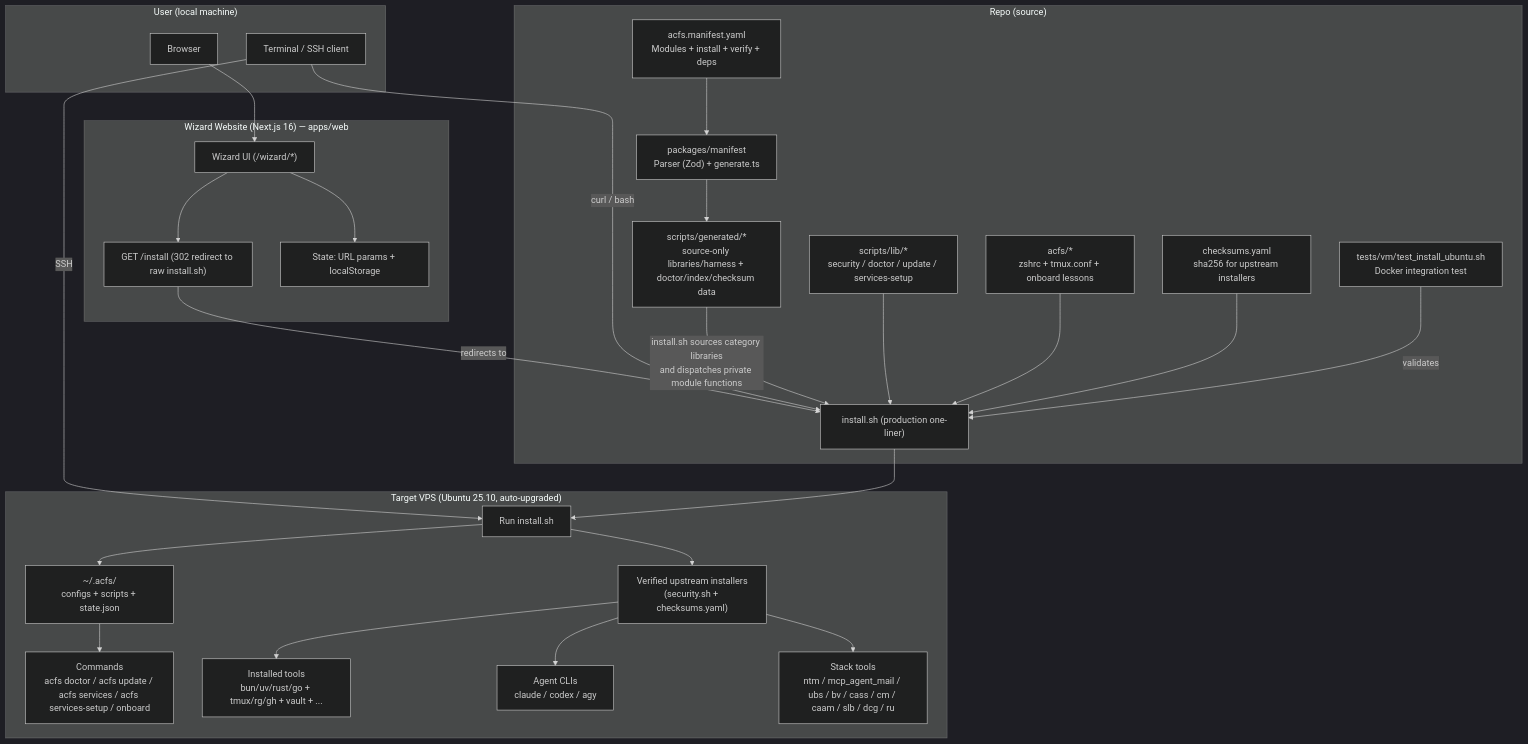
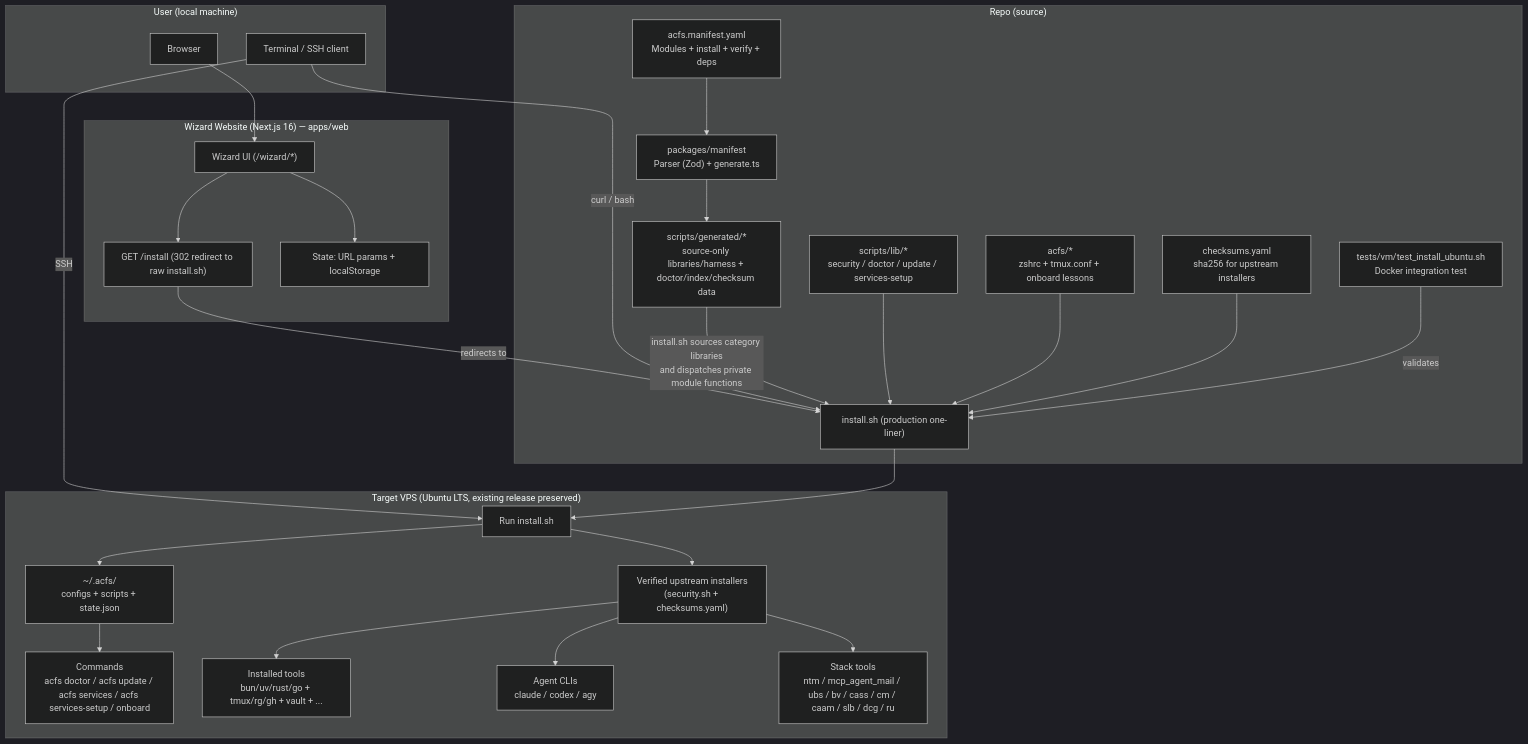
One commit to Dicklesworthstone/agentic_coding_flywheel_setup changed the second of 3 diagrams in README.md. Above: the diagram before and after it, drawn with Mermaid (dark theme). The commit also changed other lines of this file and 5 other files, not shown here.

````diff
--- a/README.md
+++ b/README.md
@@ -157,65 +157,65 @@
 ```mermaid
 flowchart TB
   %% User and website
   subgraph U["User (local machine)"]
     Browser["Browser"]
     Terminal["Terminal / SSH client"]
   end
 
   subgraph W["Wizard Website (Next.js 16) — apps/web"]
     Wizard["Wizard UI (/wizard/*)"]
     InstallRoute["GET /install (302 redirect to raw install.sh)"]
     WebState["State: URL params + localStorage"]
   end
 
   %% Repo sources
   subgraph R["Repo (source)"]
     Manifest["acfs.manifest.yaml<br/>Modules + install + verify + deps"]
     Generator["packages/manifest<br/>Parser (Zod) + generate.ts"]
     Generated["scripts/generated/*<br/>source-only libraries/harness + doctor/index/checksum data"]
     Installer["install.sh (production one-liner)"]
     Lib["scripts/lib/*<br/>security / doctor / update / services-setup"]
     Configs["acfs/*<br/>zshrc + tmux.conf + onboard lessons"]
     Checksums["checksums.yaml<br/>sha256 for upstream installers"]
     Tests["tests/vm/test_install_ubuntu.sh<br/>Docker integration test"]
   end
 
   %% Target VPS
-  subgraph V["Target VPS (Ubuntu 25.10, auto-upgraded)"]
+  subgraph V["Target VPS (Ubuntu LTS, existing release preserved)"]
     Run["Run install.sh"]
     Verify["Verified upstream installers<br/>(security.sh + checksums.yaml)"]
     AcfsHome["~/.acfs/<br/>configs + scripts + state.json"]
     Commands["Commands<br/>acfs doctor / acfs update / acfs services / acfs services-setup / onboard"]
     Tools["Installed tools<br/>bun/uv/rust/go + tmux/rg/gh + vault + ..."]
     Agents["Agent CLIs<br/>claude / codex / agy"]
     Stack["Stack tools<br/>ntm / mcp_agent_mail / ubs / bv / cass / cm / caam / slb / dcg / ru"]
   end
 
   %% Website guidance flow
   Browser --> Wizard
   Wizard --> WebState
   Wizard --> InstallRoute
   InstallRoute -->|redirects to| Installer
 
   %% How users fetch/run the installer
   Terminal -->|curl / bash| Installer
   Terminal -->|SSH| Run
 
   %% Manifest-driven generation
   Manifest --> Generator --> Generated
   Generated -->|install.sh sources category libraries<br/>and dispatches private module functions| Installer
 
   %% Installer composition
   Lib --> Installer
   Configs --> Installer
   Checksums --> Installer
   Tests -->|validates| Installer
 
   %% VPS install results
   Installer --> Run
   Run --> Verify
   Verify --> Tools
   Verify --> Agents
   Verify --> Stack
   Run --> AcfsHome --> Commands
 ```
````
